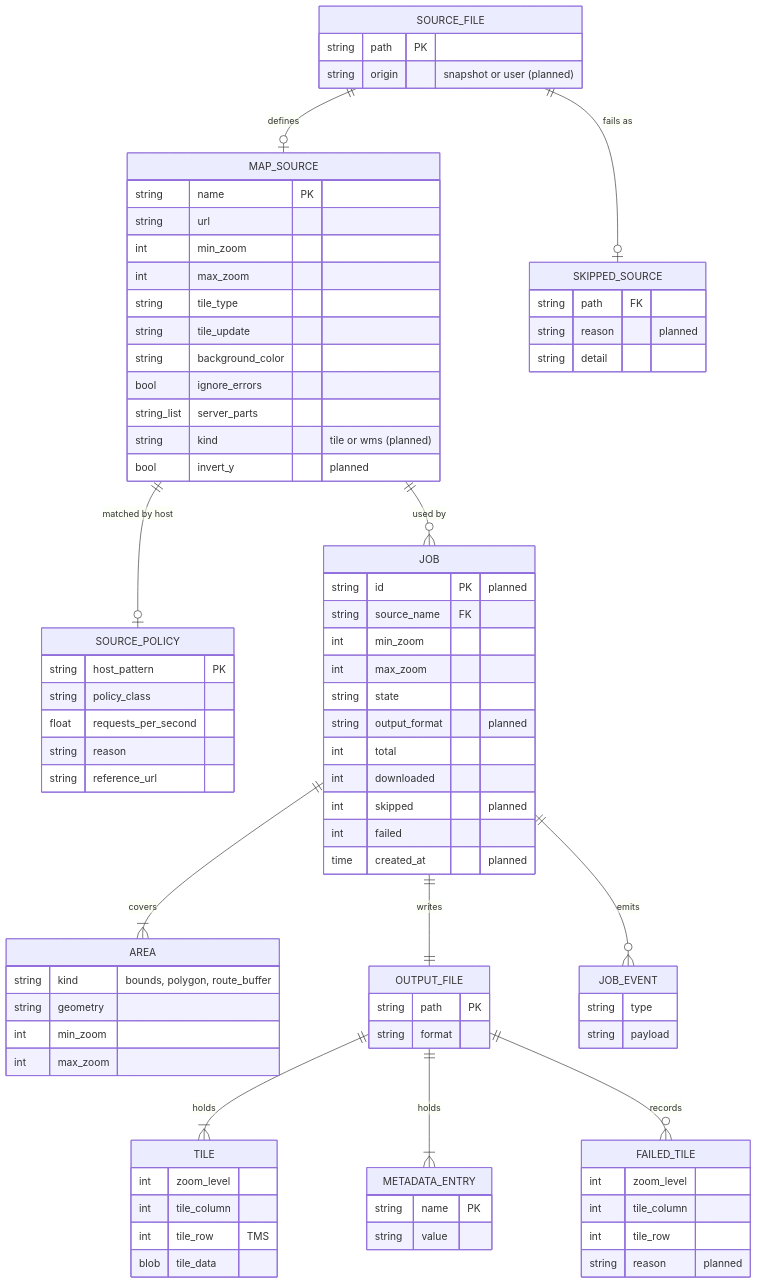
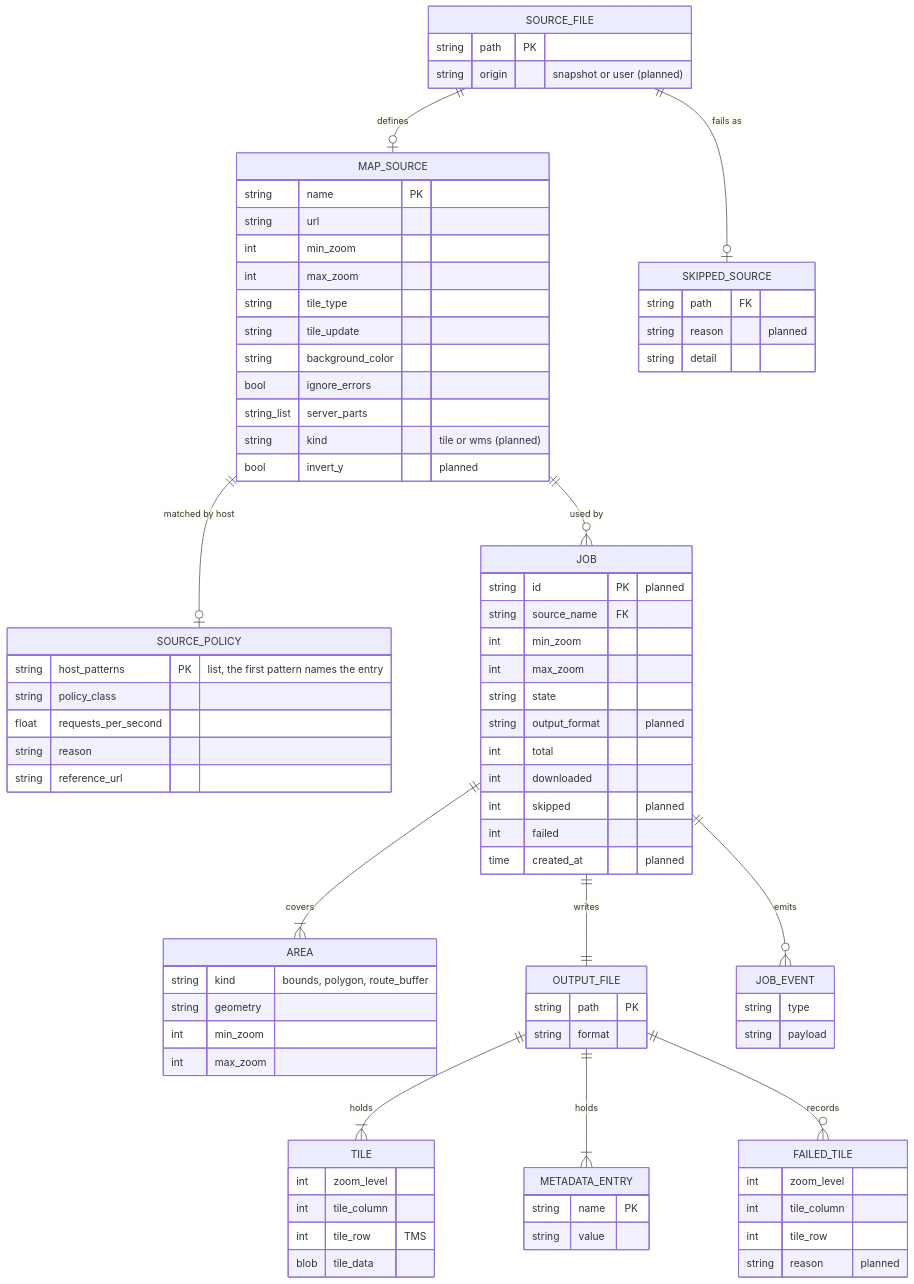
Before and after one commit to Crank-Git/ATAKMapDownloader: the second of 3 diagrams in docs/specs/spec.md, drawn with Mermaid. The commit also changed 5 other files, not shown here.

```diff
--- a/docs/specs/spec.md
+++ b/docs/specs/spec.md
@@ -238,7 +238,7 @@
     string detail
   }
   SOURCE_POLICY {
-    string host_pattern PK
+    string host_patterns PK "list, the first pattern names the entry"
     string policy_class
     float requests_per_second
     string reason
```
